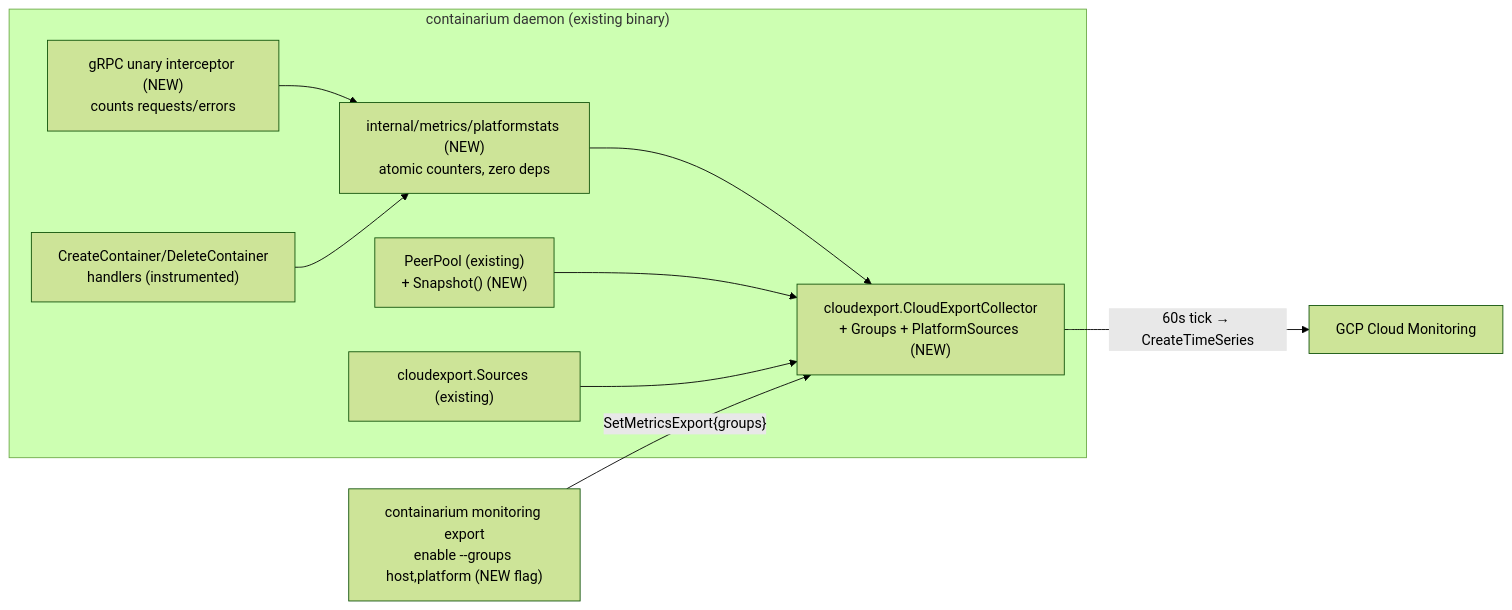
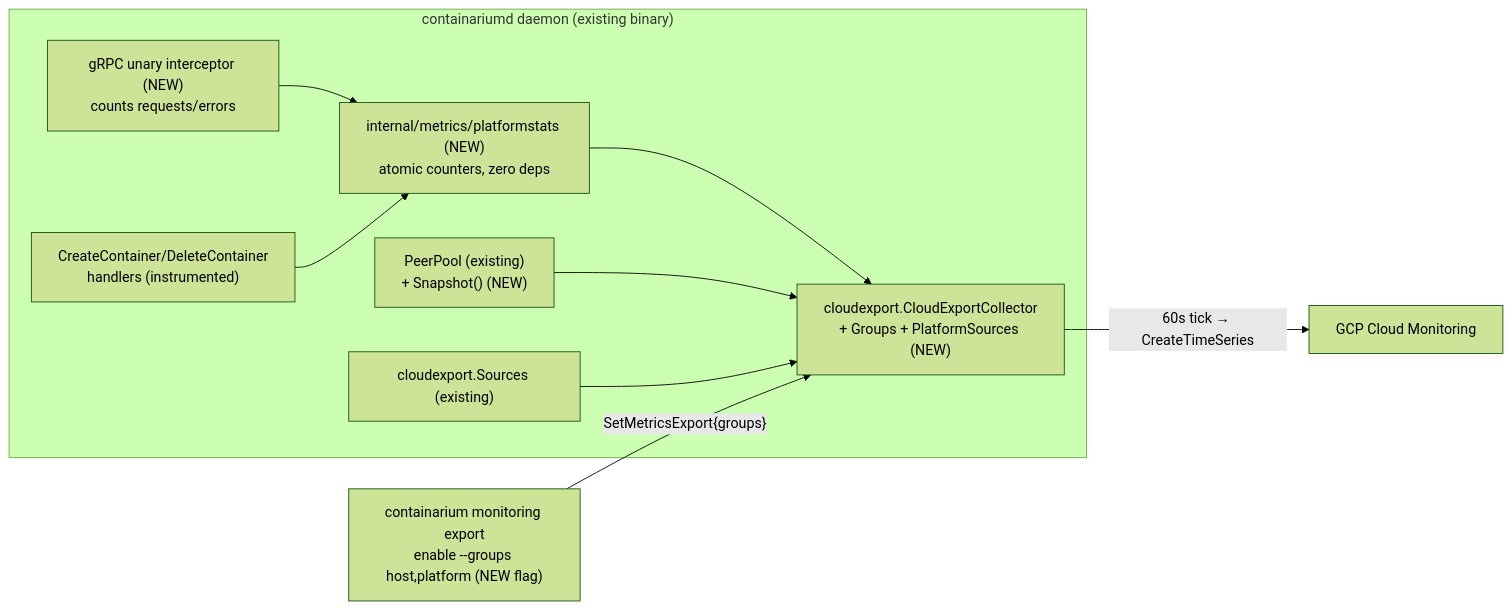
Before and after one commit to FootprintAI/Containarium: the diagram in docs/architecture/cloud-export-domain-metrics.md, drawn with Mermaid (forest theme). The commit also changed 35 other files, not shown here.

````diff
--- a/docs/architecture/cloud-export-domain-metrics.md
+++ b/docs/architecture/cloud-export-domain-metrics.md
@@ -30,21 +30,21 @@
 ```mermaid
 flowchart LR
-    subgraph daemon["containarium daemon (existing binary)"]
+    subgraph daemon["containariumd daemon (existing binary)"]
         INT["gRPC unary interceptor (NEW)\ncounts requests/errors"]
         RPC["CreateContainer/DeleteContainer\nhandlers (instrumented)"]
         PS["internal/metrics/platformstats (NEW)\natomic counters, zero deps"]
         PP["PeerPool (existing)\n+ Snapshot() (NEW)"]
         SRC["cloudexport.Sources (existing)"]
         CE["cloudexport.CloudExportCollector\n+ Groups + PlatformSources (NEW)"]
     end
     GCM["GCP Cloud Monitoring"]
     CLI["containarium monitoring export\nenable --groups host,platform (NEW flag)"]
 
     INT --> PS
     RPC --> PS
     PS --> CE
     PP --> CE
     SRC --> CE
     CE -->|"60s tick → CreateTimeSeries"| GCM
     CLI -->|"SetMetricsExport{groups}"| CE
 ```
````
